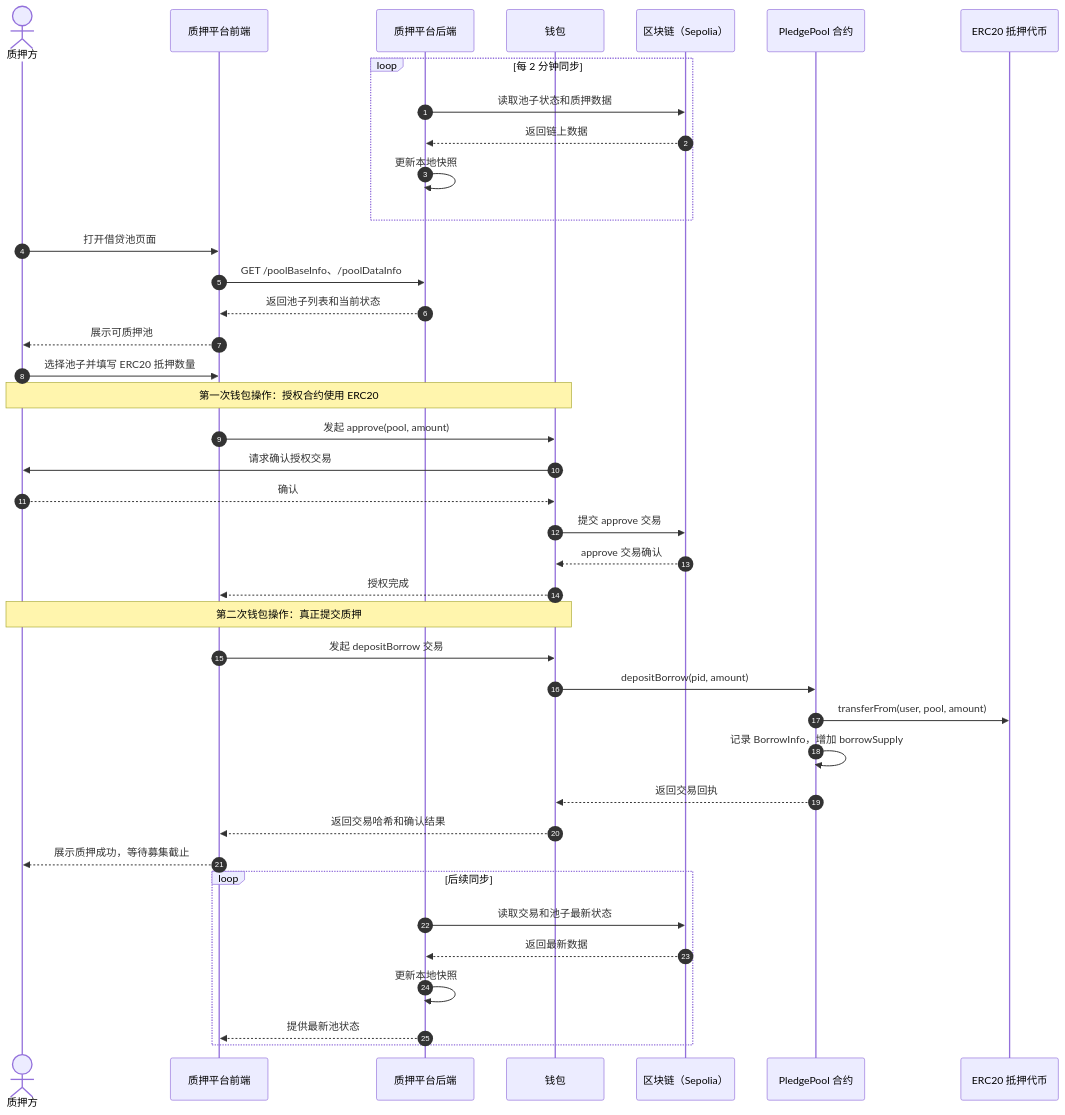
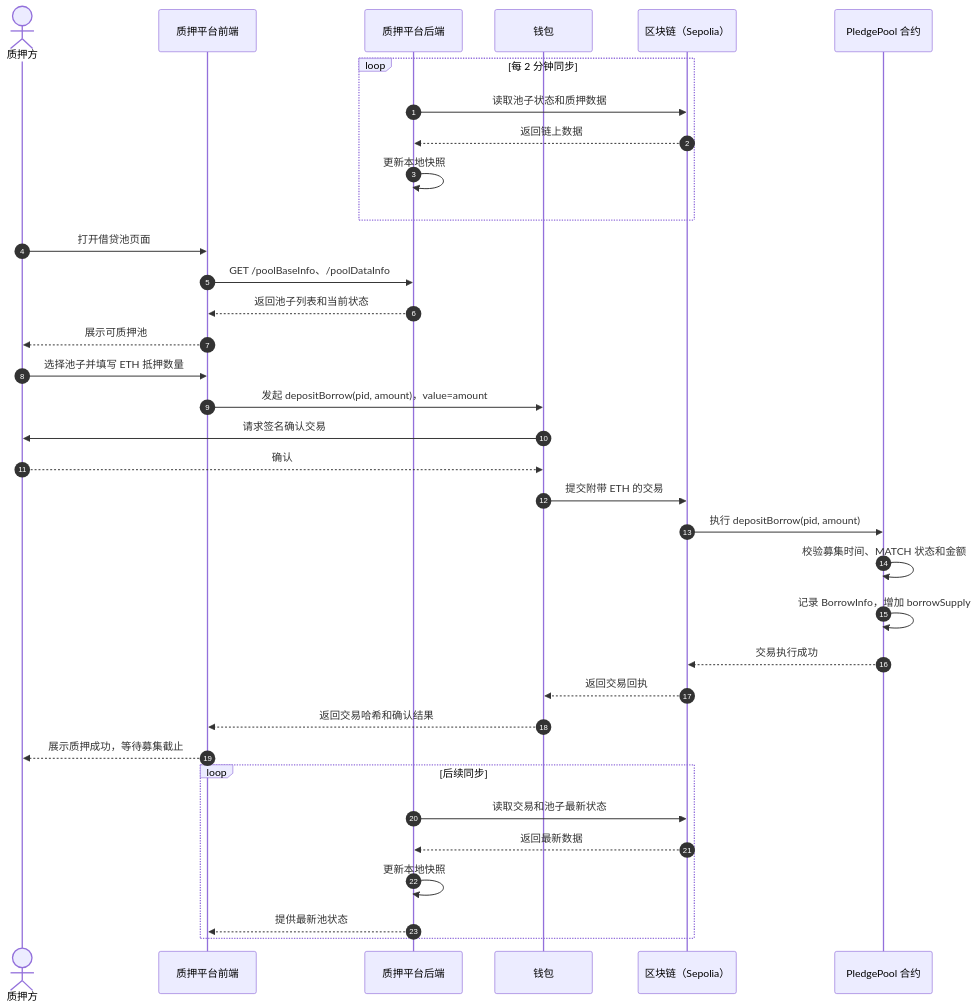
One commit to zane868/Pledge_study changed the third of 5 diagrams in 学习总结.md. Above: the diagram before and after it, drawn with Mermaid. The commit also changed other lines of this file, not shown here.

Commit message:
docs: correct pledge and settlement flows

````diff
--- a/学习总结.md
+++ b/学习总结.md
@@ -126,47 +125,40 @@
 ```mermaid
 sequenceDiagram
     autonumber
     actor Borrower as 质押方
     participant FE as 质押平台前端
     participant BE as 质押平台后端
     participant Wallet as 钱包
     participant Chain as 区块链（Sepolia）
     participant Pool as PledgePool 合约
-    participant Token as ERC20 抵押代币
 
     loop 每 2 分钟同步
         BE->>Chain: 读取池子状态和质押数据
         Chain-->>BE: 返回链上数据
         BE->>BE: 更新本地快照
     end
 
     Borrower->>FE: 打开借贷池页面
     FE->>BE: GET /poolBaseInfo、/poolDataInfo
     BE-->>FE: 返回池子列表和当前状态
     FE-->>Borrower: 展示可质押池
-    Borrower->>FE: 选择池子并填写 ERC20 抵押数量
-    Note over Borrower,Wallet: 第一次钱包操作：授权合约使用 ERC20
-    FE->>Wallet: 发起 approve(pool, amount)
-    Wallet->>Borrower: 请求确认授权交易
-     Borrower-->>Wallet: 确认
-        Wallet->>Chain: 提交 approve 交易
-        Chain-->>Wallet: approve 交易确认
-        Wallet-->>FE: 授权完成
-        Note over Borrower,Wallet: 第二次钱包操作：真正提交质押
-        FE->>Wallet: 发起 depositBorrow 交易
-        Wallet->>Pool: depositBorrow(pid, amount)
-        Pool->>Token: transferFrom(user, pool, amount)
-        Pool->>Pool: 记录 BorrowInfo，增加 borrowSupply
-        Pool-->>Wallet: 返回交易回执
-
-
+    Borrower->>FE: 选择池子并填写 ETH 抵押数量
+    FE->>Wallet: 发起 depositBorrow(pid, amount)，value=amount
+    Wallet->>Borrower: 请求签名确认交易
+    Borrower-->>Wallet: 确认
+    Wallet->>Chain: 提交附带 ETH 的交易
+    Chain->>Pool: 执行 depositBorrow(pid, amount)
+    Pool->>Pool: 校验募集时间、MATCH 状态和金额
+    Pool->>Pool: 记录 BorrowInfo，增加 borrowSupply
+    Pool-->>Chain: 交易执行成功
+    Chain-->>Wallet: 返回交易回执
     Wallet-->>FE: 返回交易哈希和确认结果
     FE-->>Borrower: 展示质押成功，等待募集截止
 
     loop 后续同步
         BE->>Chain: 读取交易和池子最新状态
         Chain-->>BE: 返回最新数据
         BE->>BE: 更新本地快照
         BE-->>FE: 提供最新池状态
     end
 ```
````
